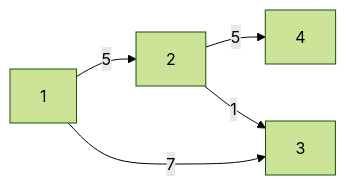
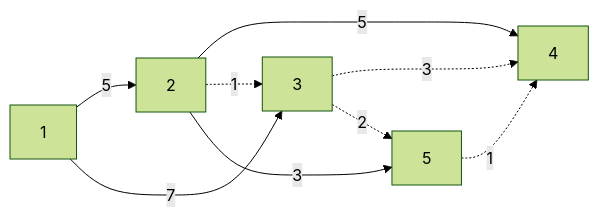
One commit to SuperSamus/appunti-universitari changed the sixth of 6 diagrams in Ricerca operativa/Problemi di ottimizzazione/Ottimizzazione grafi.md. Above: the diagram before and after it, drawn with Mermaid (forest theme). The commit also changed other lines of this file, not shown here.

````diff
--- a/Ricerca operativa/Problemi di ottimizzazione/Ottimizzazione grafi.md
+++ b/Ricerca operativa/Problemi di ottimizzazione/Ottimizzazione grafi.md
@@ -131,7 +131,11 @@
 ```mermaid
 flowchart LR
 1 -- 5 --> 2
 2 -- 5 --> 4
 1 -- 7 --> 3
-2 -- 1 --> 3
+2 -. 1 .-> 3
+3 -. 3 .-> 4
+2 -- 3 --> 5
+3 -. 2 .-> 5
+5 -. 1 .-> 4
 ```
````
